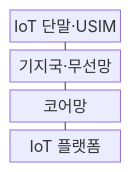
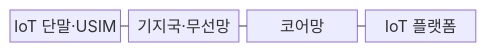
The first of 2 diagrams in src/content/docs/notes/04-network/055_nb_iot_lte_m.md (agnusdei1207/knowledge-base), drawn with Mermaid before and after one commit. The commit also changed other lines of this file and 20 other files, not shown here.

````diff
--- a/src/content/docs/notes/04-network/055_nb_iot_lte_m.md
+++ b/src/content/docs/notes/04-network/055_nb_iot_lte_m.md
@@ -56,11 +58,11 @@
 ```mermaid
 block-beta
-    columns 1
+    columns 4
     A["IoT 단말·USIM"]
     B["기지국·무선망"]
     C["코어망"]
     D["IoT 플랫폼"]
     A --- B
     B --- C
     C --- D
 ```
````
